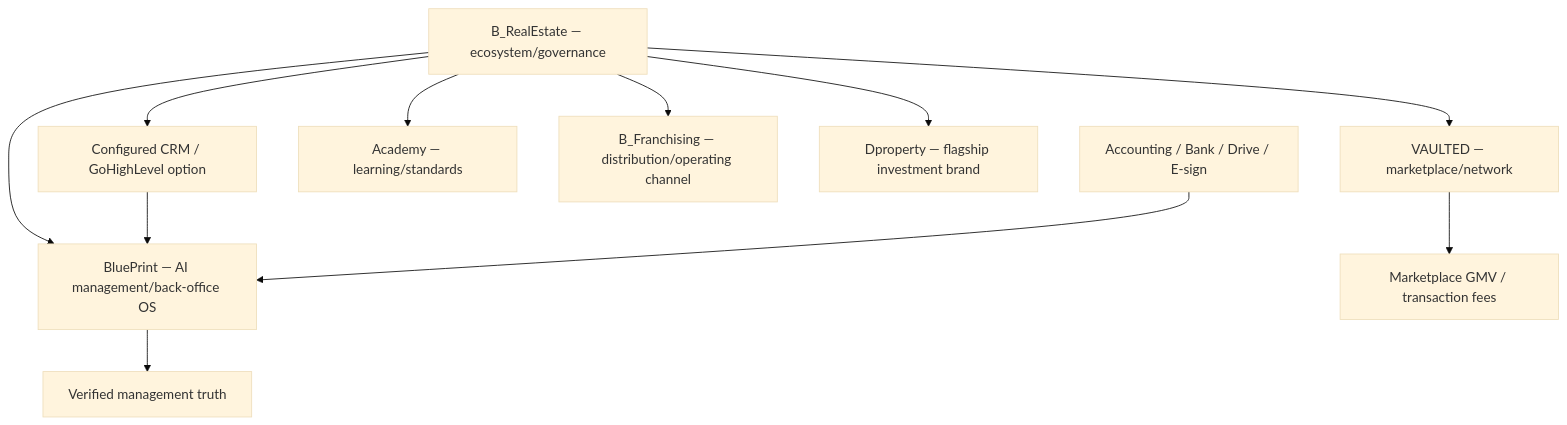
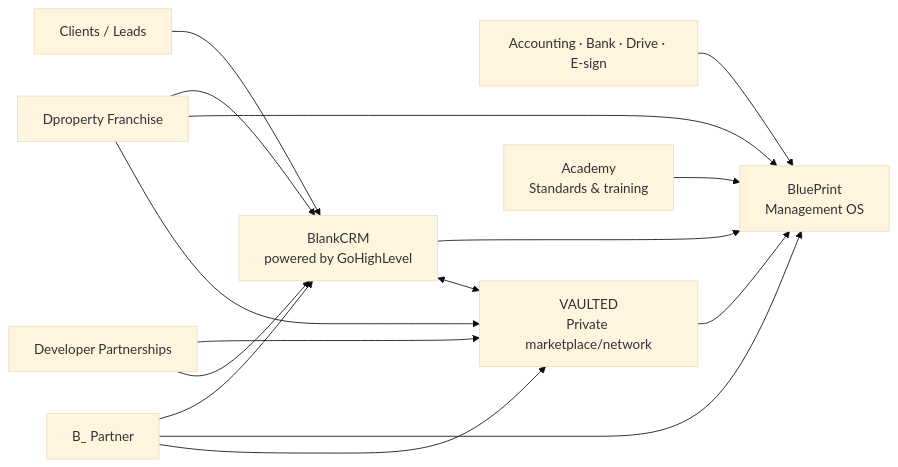
Before and after one commit to esteban123210/Dproperty_OS: the diagram in second_brain/18_Ecosystem/00 - Ecosystem Master Map.md, drawn with Mermaid (base theme). The commit also changed other lines of this file and 41 other files, not shown here.

Commit message:
Reset B_ ecosystem to product-led architecture

````diff
--- a/second_brain/18_Ecosystem/00 - Ecosystem Master Map.md
+++ b/second_brain/18_Ecosystem/00 - Ecosystem Master Map.md
@@ -19,15 +19,24 @@
 ```mermaid
-flowchart TD
-    B["B_RealEstate — ecosystem/governance"]
-    B --> BP["BluePrint — AI management/back-office OS"]
-    B --> CRM["Configured CRM / GoHighLevel option"]
-    B --> VA["VAULTED — marketplace/network"]
-    B --> AC["Academy — learning/standards"]
-    B --> FR["B_Franchising — distribution/operating channel"]
-    B --> DP["Dproperty — flagship investment brand"]
+flowchart LR
+    C["Clients / Leads"] --> CRM["BlankCRM
+powered by GoHighLevel"]
+    CRM --> BP["BluePrint
+Management OS"]
+    EXT["Accounting · Bank · Drive · E-sign"] --> BP
+    CRM <--> VA["VAULTED
+Private marketplace/network"]
+    VA --> BP
+    AC["Academy
+Standards & training"] --> BP
 
-    CRM --> BP
-    ACC["Accounting / Bank / Drive / E-sign"] --> BP
-    BP --> M["Verified management truth"]
-    VA --> GMV["Marketplace GMV / transaction fees"]
+    FR["Dproperty Franchise"] --> CRM
+    FR --> BP
+    FR --> VA
+
+    PT["B_ Partner"] --> CRM
+    PT --> BP
+    PT --> VA
+
+    DEV["Developer Partnerships"] --> VA
+    DEV --> CRM
 ```
````
